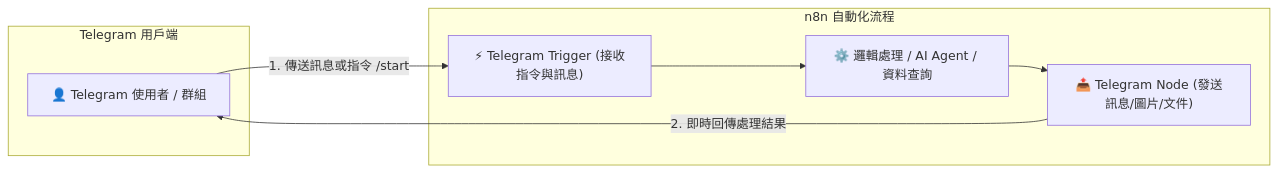
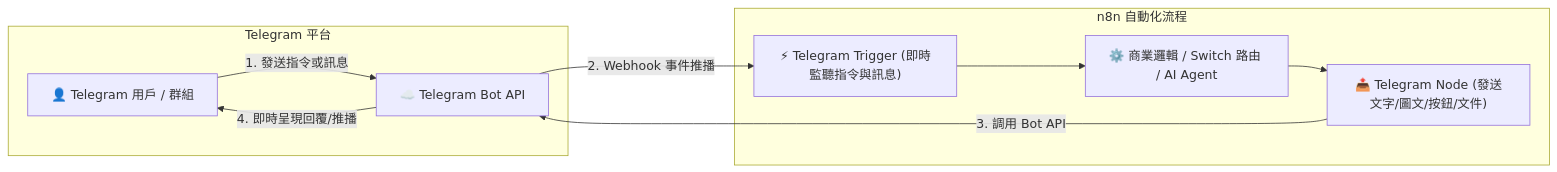
Before and after one commit to roberthsu2003/n8n: the diagram in 通訊軟體整合/Telegram/README.md, drawn with Mermaid. The commit also changed other lines of this file and 12 other files, not shown here.

````diff
--- a/通訊軟體整合/Telegram/README.md
+++ b/通訊軟體整合/Telegram/README.md
@@ -9,17 +35,20 @@
 ```mermaid
 flowchart LR
-    subgraph Telegram_App["Telegram 用戶端"]
-        User["👤 Telegram 使用者 / 群組"]
+    subgraph Telegram_Ecosystem["Telegram 平台"]
+        User["👤 Telegram 用戶 / 群組"]
+        TgServer["☁️ Telegram Bot API"]
     end
 
     subgraph n8n_Engine["n8n 自動化流程"]
-        TgTrigger["⚡ Telegram Trigger (接收指令與訊息)"]
-        Logic["⚙️ 邏輯處理 / AI Agent / 資料查詢"]
-        TgSend["📤 Telegram Node (發送訊息/圖片/文件)"]
+        TgTrigger["⚡ Telegram Trigger (即時監聽指令與訊息)"]
+        Logic["⚙️ 商業邏輯 / Switch 路由 / AI Agent"]
+        TgSend["📤 Telegram Node (發送文字/圖文/按鈕/文件)"]
     end
 
-    User -->|1. 傳送訊息或指令 /start| TgTrigger
+    User -->|1. 發送指令或訊息| TgServer
+    TgServer -->|2. Webhook 事件推播| TgTrigger
     TgTrigger --> Logic
     Logic --> TgSend
-    TgSend -->|2. 即時回傳處理結果| User
+    TgSend -->|3. 調用 Bot API| TgServer
+    TgServer -->|4. 即時呈現回覆/推播| User
 ```
````
